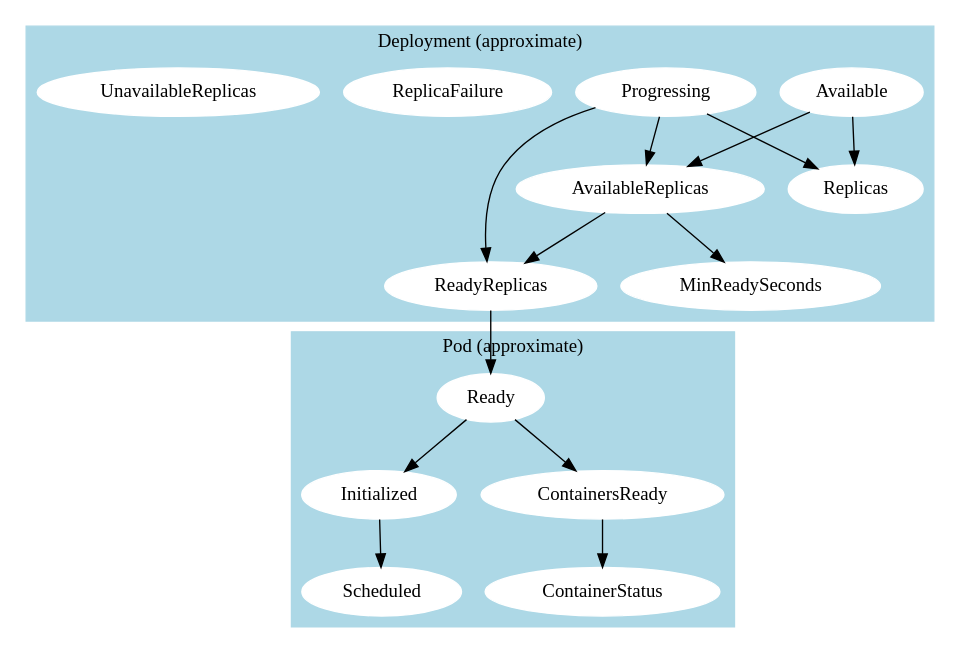
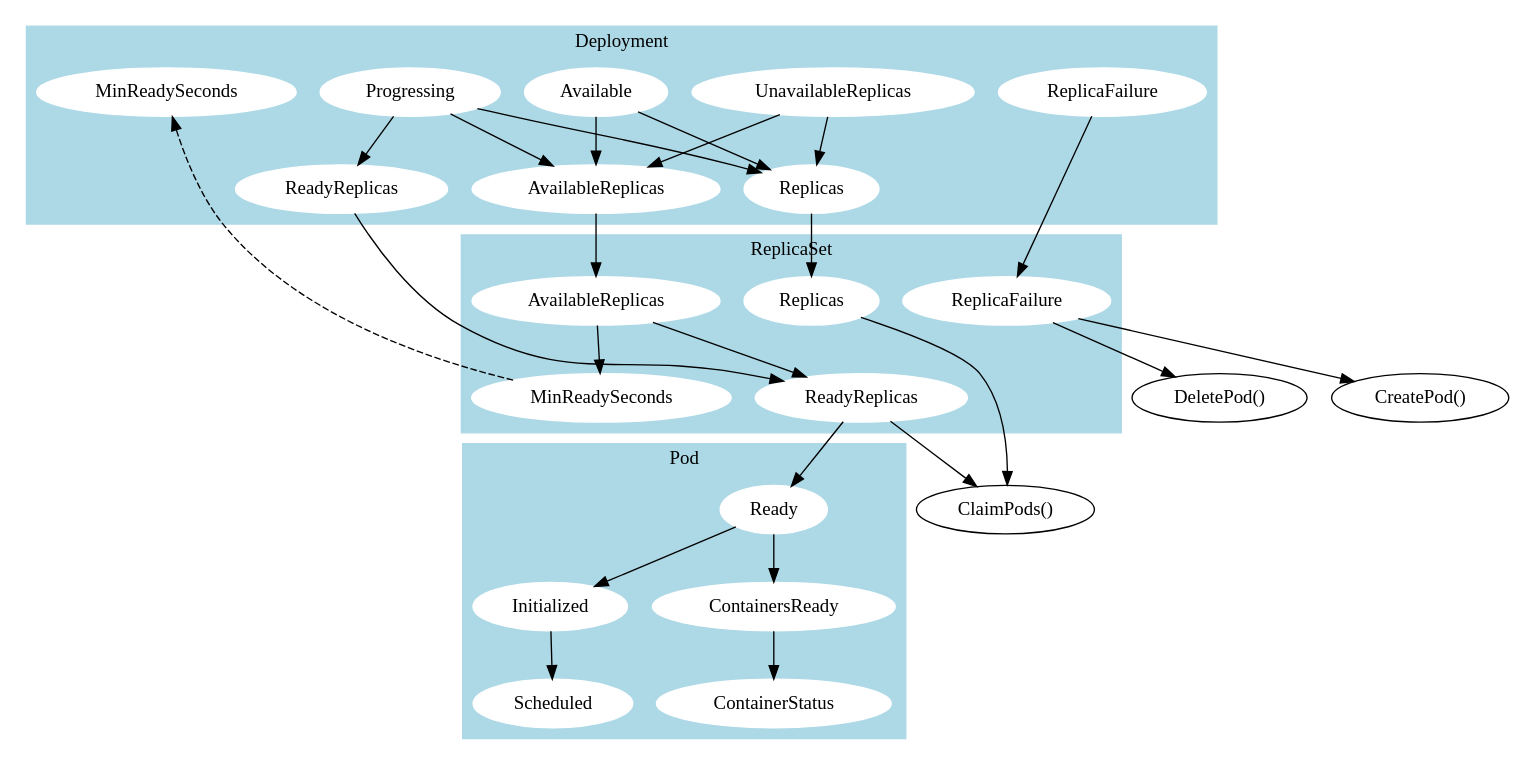
Before and after one commit to jonjohnsonjr/graphviz: the diagram in src/deployment.dot, drawn with Graphviz. The commit also changed 1 other file, not shown here.

Commit message:
Flesh out deployment a bit

```diff
--- a/src/deployment.dot
+++ b/src/deployment.dot
@@ -1,51 +1,86 @@
-digraph lifecycle {
-  graph [style=filled,color=lightgrey]
-  node [style=filled,color=white];
-
+digraph DeploymentLifecycle {
   subgraph cluster_deployment {
-    label = "Deployment (approximate)";
+    label = "Deployment";
     style = filled
     color = lightblue
+    node [style=filled,color=white];
 
     DeploymentAvailable [label=Available, href="https://godoc.org/k8s.io/api/apps/v1#DeploymentAvailable"]
     DeploymentProgressing [label=Progressing, href="https://godoc.org/k8s.io/api/apps/v1#DeploymentProgressing"]
     DeploymentReplicaFailure [label=ReplicaFailure, href="https://godoc.org/k8s.io/api/apps/v1#DeploymentReplicaFailure"]
 
     DeploymentReplicas [label=Replicas, href="https://godoc.org/k8s.io/kubernetes/pkg/apis/apps#DeploymentStatus"]
     DeploymentReadyReplicas [label=ReadyReplicas, href="https://godoc.org/k8s.io/kubernetes/pkg/apis/apps#DeploymentStatus"]
     DeploymentAvailableReplicas [label=AvailableReplicas, href="https://godoc.org/k8s.io/kubernetes/pkg/apis/apps#DeploymentStatus"]
     DeploymentUnavailableReplicas [label=UnavailableReplicas, href="https://godoc.org/k8s.io/kubernetes/pkg/apis/apps#DeploymentStatus"]
 
     DeploymentMinReadySeconds [label=MinReadySeconds, href="https://godoc.org/k8s.io/api/apps/v1#DeploymentSpec"]
 
     DeploymentProgressing -> DeploymentReplicas
     DeploymentProgressing -> DeploymentReadyReplicas
     DeploymentProgressing -> DeploymentAvailableReplicas
 
     DeploymentAvailable -> DeploymentAvailableReplicas
     DeploymentAvailable -> DeploymentReplicas
 
-    DeploymentAvailableReplicas -> DeploymentMinReadySeconds
+    DeploymentUnavailableReplicas -> DeploymentReplicas
+    DeploymentUnavailableReplicas -> DeploymentAvailableReplicas
+  }
+
+  subgraph cluster_rs {
+    label = "ReplicaSet";
+    style = filled
+    color = lightblue
+    node [style=filled,color=white];
+
+    ReplicaSetReplicaFailure [label=ReplicaFailure, href="https://godoc.org/k8s.io/api/apps/v1#ReplicaSetReplicaFailure"]
+
+    ReplicaSetReplicas [label=Replicas, href="https://godoc.org/k8s.io/kubernetes/pkg/apis/apps#ReplicaSetStatus"]
+    ReplicaSetReadyReplicas [label=ReadyReplicas, href="https://godoc.org/k8s.io/kubernetes/pkg/apis/apps#ReplicaSetStatus"]
+    ReplicaSetAvailableReplicas [label=AvailableReplicas, href="https://godoc.org/k8s.io/kubernetes/pkg/apis/apps#ReplicaSetStatus"]
+
+    ReplicaSetMinReadySeconds [label=MinReadySeconds, href="https://godoc.org/k8s.io/api/apps/v1#ReplicaSetSpec"]
+
+    ReplicaSetAvailableReplicas -> ReplicaSetMinReadySeconds
+    ReplicaSetAvailableReplicas -> ReplicaSetReadyReplicas
   }
 
   subgraph cluster_pods {
-    label = "Pod (approximate)";
+    label = "Pod";
     style = filled
     color = lightblue
+    node [style=filled,color=white];
 
     PodReady [label=Ready, href="https://godoc.org/k8s.io/api/core/v1#PodReady"]
     PodScheduled [label=Scheduled, href="https://godoc.org/k8s.io/api/core/v1#PodScheduled"]
     PodInitialized [label=Initialized, href="https://godoc.org/k8s.io/api/core/v1#PodInitialized"]
     ContainersReady [label=ContainersReady, href="https://godoc.org/k8s.io/api/core/v1#ContainersReady"]
     ContainerStatus [label=ContainerStatus, href="https://godoc.org/k8s.io/api/core/v1#ContainerStatus"]
 
     PodReady -> ContainersReady
     PodReady -> PodInitialized
     PodInitialized -> PodScheduled
 
     ContainersReady -> ContainerStatus
   }
 
-  DeploymentAvailableReplicas -> DeploymentReadyReplicas
-  DeploymentReadyReplicas -> PodReady
+  ReplicaSetReplicas -> ClaimPods
+  ReplicaSetReadyReplicas -> ClaimPods
+
+  ReplicaSetReadyReplicas -> PodReady
+
+  DeploymentReplicas -> ReplicaSetReplicas
+  DeploymentReadyReplicas -> ReplicaSetReadyReplicas
+  DeploymentAvailableReplicas -> ReplicaSetAvailableReplicas
+
+  DeploymentReplicaFailure -> ReplicaSetReplicaFailure
+
+  ReplicaSetReplicaFailure -> CreatePod
+  ReplicaSetReplicaFailure -> DeletePod
+
+  ReplicaSetMinReadySeconds -> DeploymentMinReadySeconds [style=dashed]
+
+  CreatePod [label="CreatePod()", href="https://github.com/kubernetes/kubernetes/blob/de8fb1c9f81b1bd48a0d25f866492acca2c199f0/pkg/controller/replicaset/replica_set.go#L466-L511"]
+  DeletePod [label="DeletePod()", href="https://github.com/kubernetes/kubernetes/blob/de8fb1c9f81b1bd48a0d25f866492acca2c199f0/pkg/controller/replicaset/replica_set.go#L512-L554"]
+  ClaimPods [label="ClaimPods()", href="https://github.com/kubernetes/kubernetes/blob/de8fb1c9f81b1bd48a0d25f866492acca2c199f0/pkg/controller/replicaset/replica_set.go#L590-L612"]
 }
```
